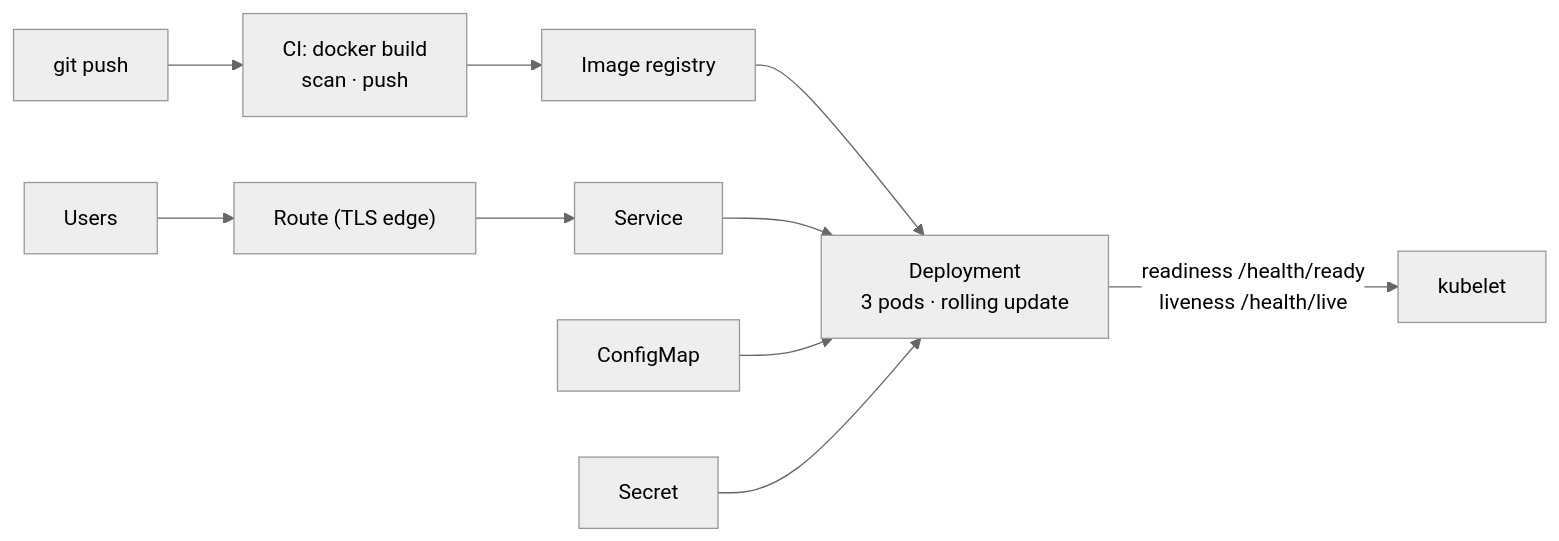
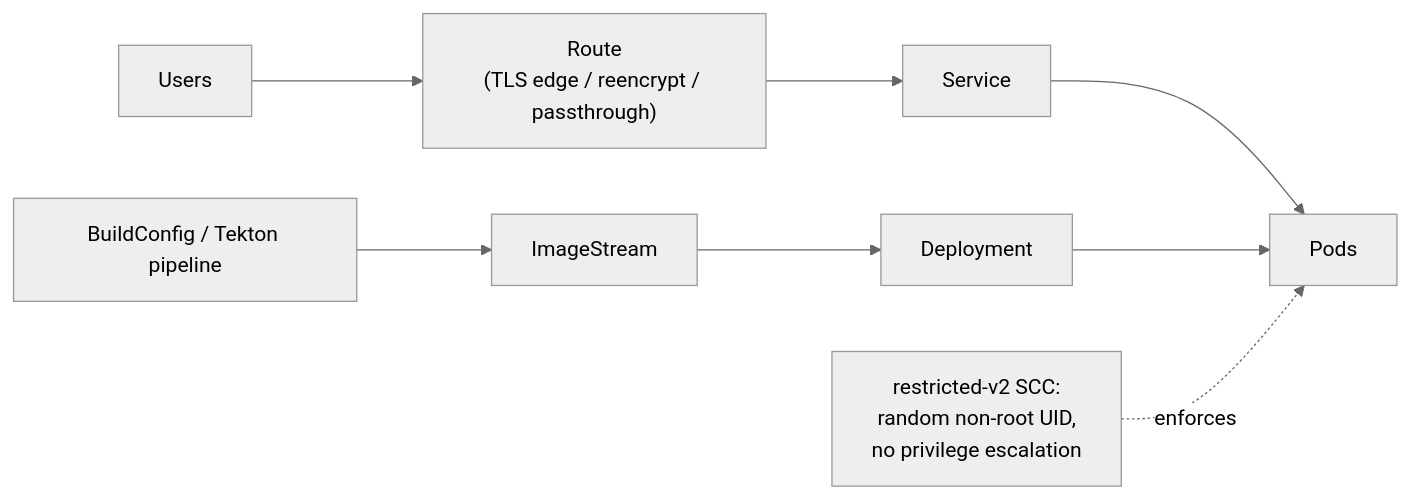
Before and after one commit to babuk123/dotnet-azure-genai-playbook: the fifth of 5 diagrams in 11-containers-openshift/README.md, drawn with Mermaid (neutral theme). The commit also changed other lines of this file and 7 other files, not shown here.

````diff
--- a/11-containers-openshift/README.md
+++ b/11-containers-openshift/README.md
@@ -7,8 +109,6 @@
 ```mermaid
 flowchart LR
-    DEV["git push"] --> CI["CI: docker build<br/>scan · push"] --> REG["Image registry"]
-    REG --> DEP["Deployment<br/>3 pods · rolling update"]
-    U["Users"] --> RT["Route (TLS edge)"] --> SVC["Service"] --> DEP
-    DEP -->|readiness /health/ready<br/>liveness /health/live| K["kubelet"]
-    CM["ConfigMap"] & SEC["Secret"] --> DEP
+    U["Users"] --> RT["Route<br/>(TLS edge / reencrypt / passthrough)"] --> SVC["Service"] --> P["Pods"]
+    BC["BuildConfig / Tekton pipeline"] --> IS["ImageStream"] --> DEP["Deployment"] --> P
+    SCC["restricted-v2 SCC:<br/>random non-root UID,<br/>no privilege escalation"] -.enforces.-> P
 ```
````
